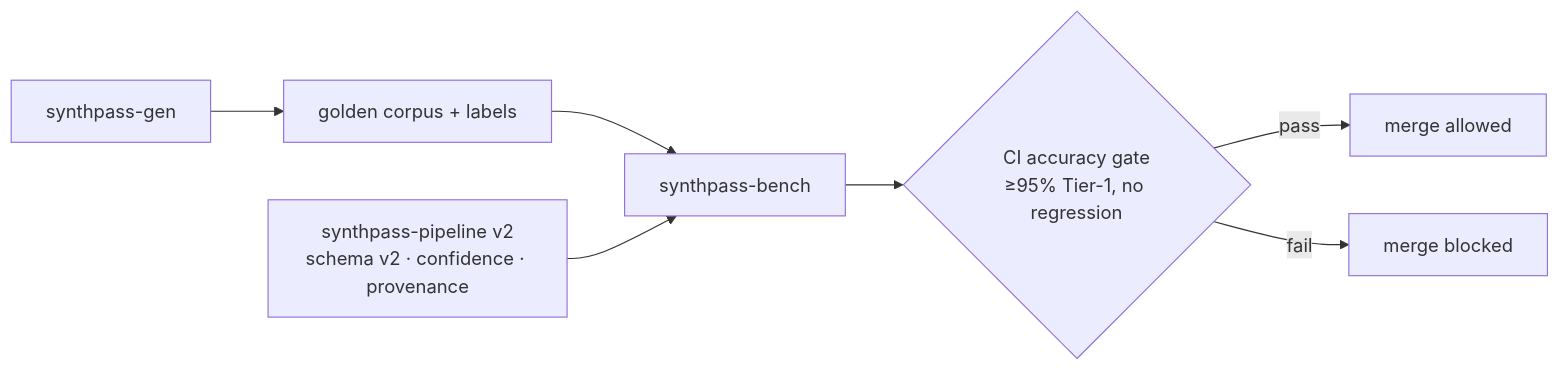
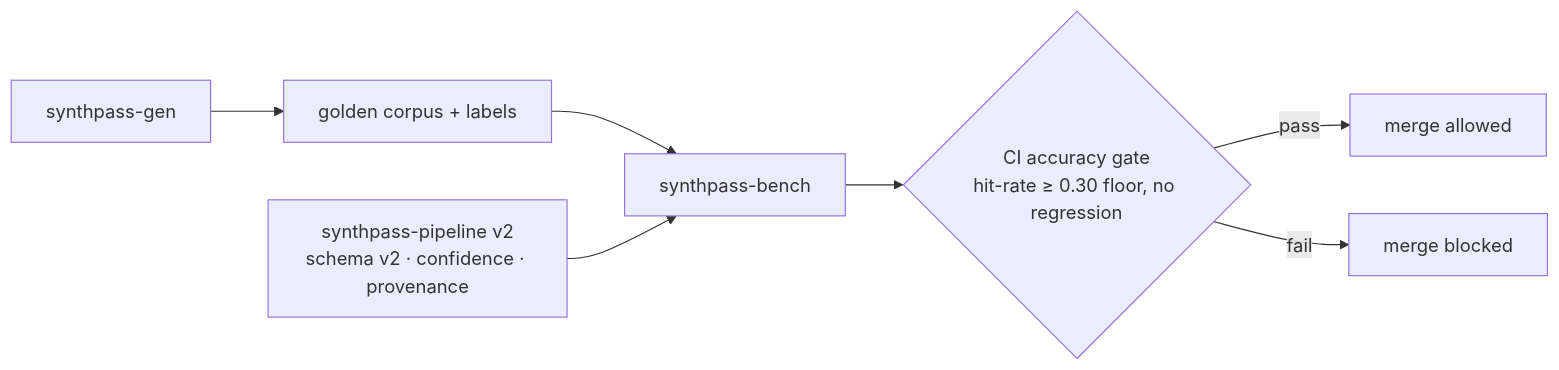
The third of 3 diagrams in knowledge/ROADMAP.md (ruledicaprio/SynthPass), drawn with Mermaid before and after one commit. The commit also changed other lines of this file and 5 other files, not shown here.

````diff
--- a/knowledge/ROADMAP.md
+++ b/knowledge/ROADMAP.md
@@ -84,9 +84,9 @@
 ```mermaid
 flowchart LR
     GEN["synthpass-gen"] --> CORPUS["golden corpus + labels"]
     CORPUS --> BENCH["synthpass-bench"]
-    BENCH --> GATE{"CI accuracy gate<br/>≥95% Tier-1, no regression"}
+    BENCH --> GATE{"CI accuracy gate<br/>hit-rate ≥ 0.30 floor, no regression"}
     GATE -->|pass| MERGE["merge allowed"]
     GATE -->|fail| BLOCK["merge blocked"]
     P2["synthpass-pipeline v2<br/>schema v2 · confidence · provenance"] --> BENCH
 ```
````
